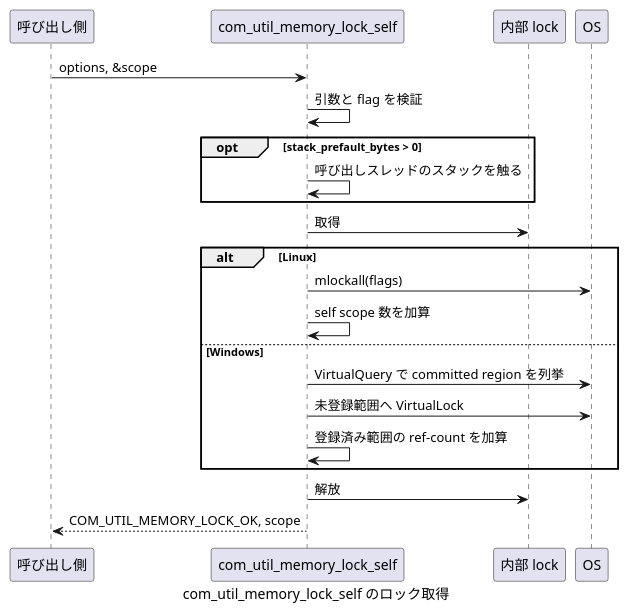
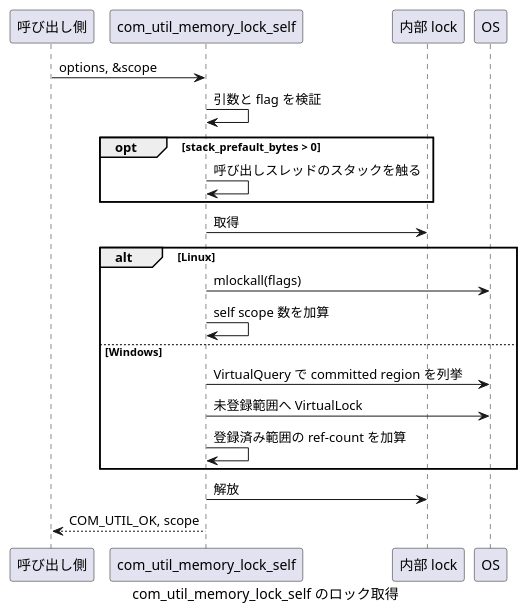
Before and after one commit to Hondarer/app_c-platform: the first of 2 diagrams in docs/memory-lock.md, drawn with PlantUML. The commit also changed other lines of this file and 171 other files, not shown here.

````diff
--- a/docs/memory-lock.md
+++ b/docs/memory-lock.md
@@ -98,26 +98,26 @@
 ```plantuml
 @startuml com_util_memory_lock_self のロック取得
 caption com_util_memory_lock_self のロック取得
 participant "呼び出し側" as Caller
 participant "com_util_memory_lock_self" as API
 participant "内部 lock" as Lock
 participant "OS" as OS
 
 Caller -> API : options, &scope
 API -> API : 引数と flag を検証
 opt stack_prefault_bytes > 0
     API -> API : 呼び出しスレッドのスタックを触る
 end
 API -> Lock : 取得
 alt Linux
     API -> OS : mlockall(flags)
     API -> API : self scope 数を加算
 else Windows
     API -> OS : VirtualQuery で committed region を列挙
     API -> OS : 未登録範囲へ VirtualLock
     API -> API : 登録済み範囲の ref-count を加算
 end
 API -> Lock : 解放
-API --> Caller : COM_UTIL_MEMORY_LOCK_OK, scope
+API --> Caller : COM_UTIL_OK, scope
 @enduml
 ```
````
